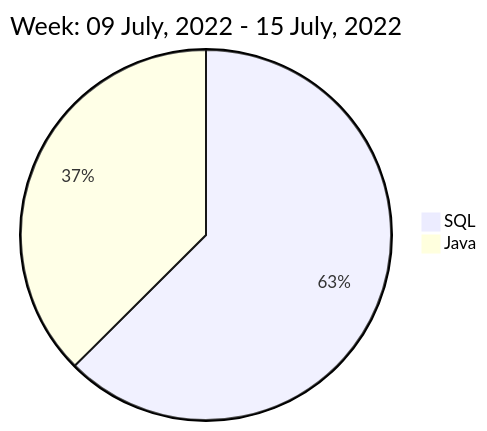
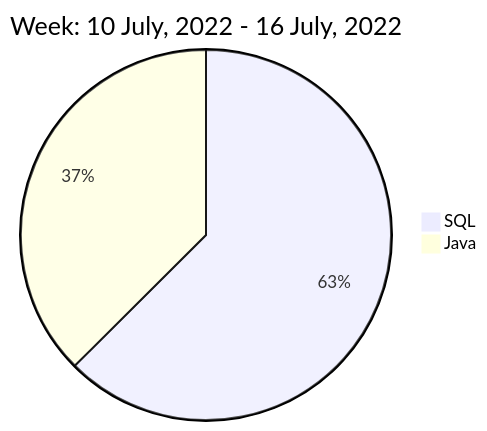
One commit to liubin95/liubin95 changed the diagram in README.md. Above: the diagram before and after it, drawn with Mermaid.

Commit message:
Updated the Graph with new Metrics

````diff
--- a/README.md
+++ b/README.md
@@ -40,6 +40,6 @@
 ```mermaid
  pie
-title Week: 09 July, 2022 - 15 July, 2022
+title Week: 10 July, 2022 - 16 July, 2022
  "SQL" : 2.72
  "Java" : 1.63
 ```
````
